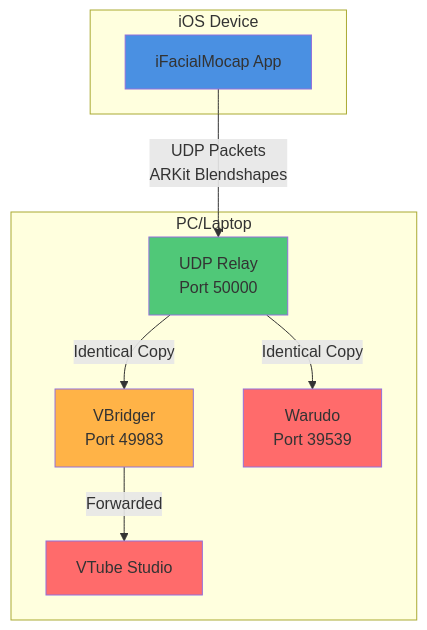
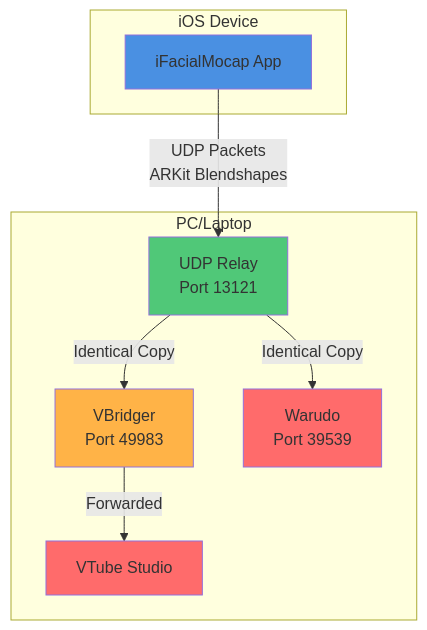
Before and after one commit to whykusanagi/VTuberHub: the first of 2 diagrams in README.md, drawn with Mermaid. The commit also changed other lines of this file and 1 other file, not shown here.

Commit message:
Update to use port 13121 (Celeste-themed custom port) and add comprehensive Windows firewall documentation

````diff
--- a/README.md
+++ b/README.md
@@ -11,24 +11,24 @@
 ```mermaid
 graph TB
     subgraph "iOS Device"
         A[iFacialMocap App]
     end
     
     subgraph "PC/Laptop"
-        B[UDP Relay<br/>Port 50000]
+        B[UDP Relay<br/>Port 13121]
         C[VBridger<br/>Port 49983]
         D[VTube Studio]
         E[Warudo<br/>Port 39539]
     end
     
     A -->|UDP Packets<br/>ARKit Blendshapes| B
     B -->|Identical Copy| C
     C -->|Forwarded| D
     B -->|Identical Copy| E
     
     style A fill:#4A90E2
     style B fill:#50C878
     style C fill:#FFB347
     style D fill:#FF6B6B
     style E fill:#FF6B6B
 ```
````
